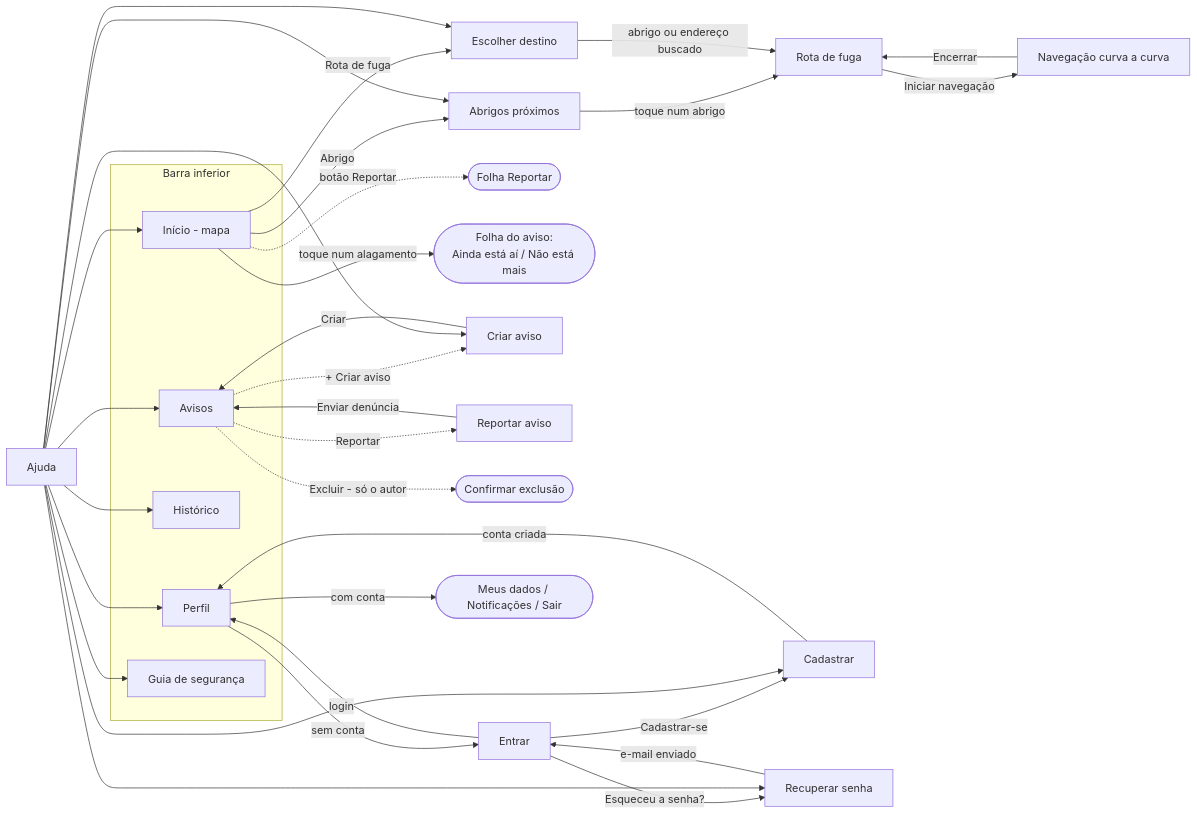
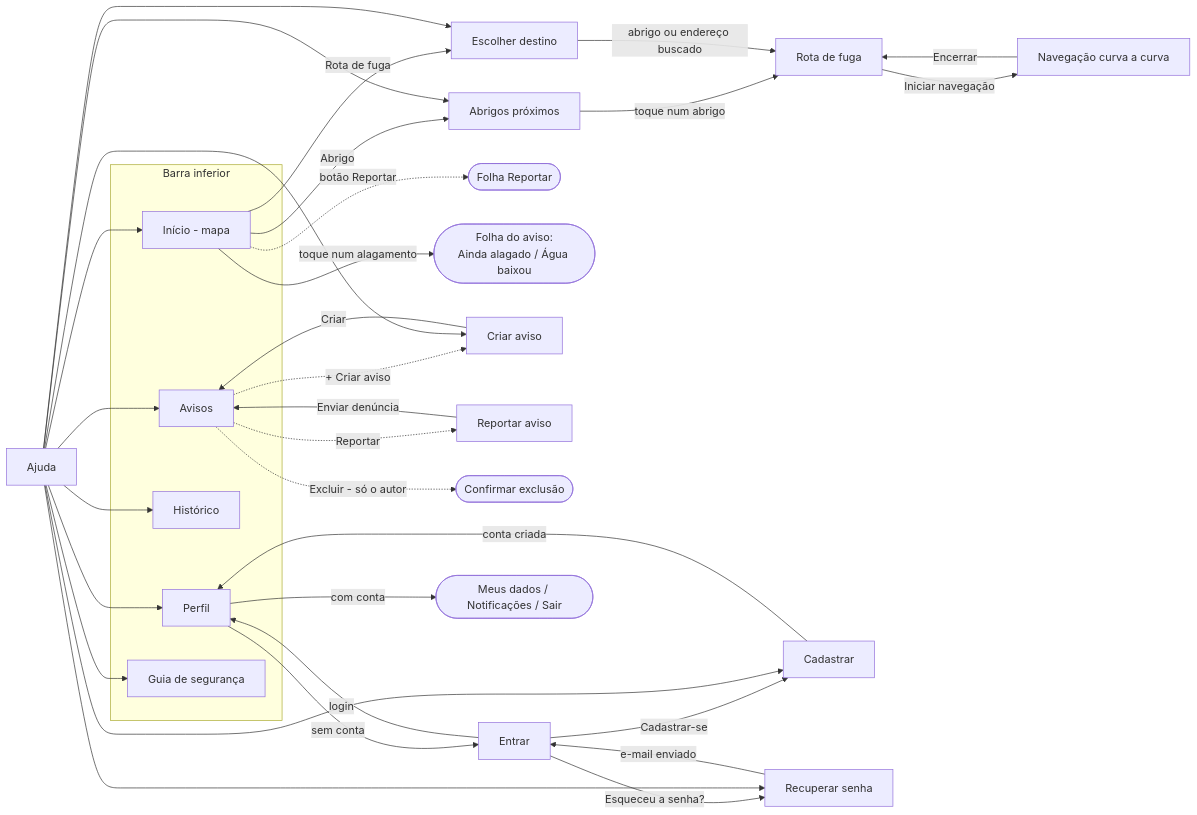
One commit to Loboock/enchente-alerta changed the diagram in docs/fluxo-navegacao.md. Above: the diagram before and after it, drawn with Mermaid. The commit also changed other lines of this file and 27 other files, not shown here.

````diff
--- a/docs/fluxo-navegacao.md
+++ b/docs/fluxo-navegacao.md
@@ -16,37 +16,37 @@
 ```mermaid
 flowchart LR
     subgraph Abas["Barra inferior"]
         INI[Início - mapa]
         AVI[Avisos]
         HIS[Histórico]
         PER[Perfil]
         GUI[Guia de segurança]
     end
 
     INI -->|Abrigo| ABR[Abrigos próximos]
     INI -->|Rota de fuga| DES[Escolher destino]
     INI -.->|botão Reportar| REP([Folha Reportar])
-    INI -->|toque num alagamento| DET([Folha do aviso:<br/>Ainda está aí / Não está mais])
+    INI -->|toque num alagamento| DET([Folha do aviso:<br/>Ainda alagado / Água baixou])
 
     ABR -->|toque num abrigo| ROT[Rota de fuga]
     DES -->|abrigo ou endereço buscado| ROT
     ROT -->|Iniciar navegação| NAV[Navegação curva a curva]
     NAV -->|Encerrar| ROT
 
     AVI -.->|+ Criar aviso| CRI[Criar aviso]
     AVI -.->|Reportar| RPA[Reportar aviso]
     AVI -.->|Excluir - só o autor| EXC([Confirmar exclusão])
     CRI -->|Criar| AVI
     RPA -->|Enviar denúncia| AVI
 
     PER -->|sem conta| ENT[Entrar]
     ENT -->|Cadastrar-se| CAD[Cadastrar]
     ENT -->|Esqueceu a senha?| REC[Recuperar senha]
     CAD -->|conta criada| PER
     REC -->|e-mail enviado| ENT
     ENT -->|login| PER
     PER -->|com conta| OPC([Meus dados / Notificações / Sair])
 
     AJU[Ajuda] --> INI & AVI & HIS & GUI & PER
     AJU --> ABR & DES & CRI & CAD & REC
 ```
````
